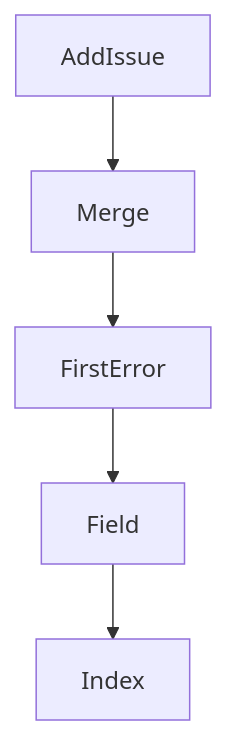
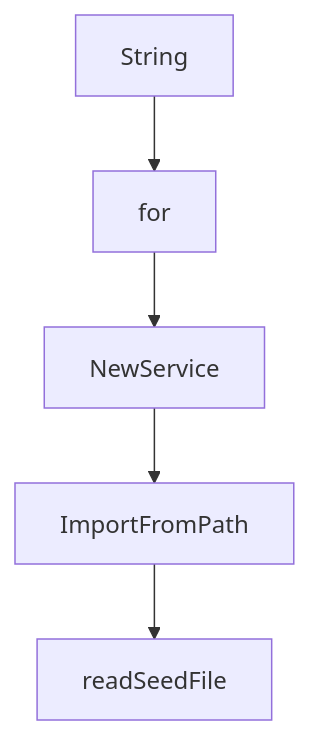
Before and after one commit to johnxie/awesome-code-docs: the diagram in tutorials/mcp-registry-tutorial/07-admin-operations-deployment-and-observability.md, drawn with Mermaid. The commit also changed other lines of this file and 1232 other files, not shown here.

````diff
--- a/tutorials/mcp-registry-tutorial/07-admin-operations-deployment-and-observability.md
+++ b/tutorials/mcp-registry-tutorial/07-admin-operations-deployment-and-observability.md
@@ -207,12 +192,12 @@
 ```mermaid
 flowchart TD
-    A[AddIssue]
-    B[Merge]
-    C[FirstError]
-    D[Field]
-    E[Index]
+    A[String]
+    B[for]
+    C[NewService]
+    D[ImportFromPath]
+    E[readSeedFile]
     A --> B
     B --> C
     C --> D
     D --> E
 ```
````
